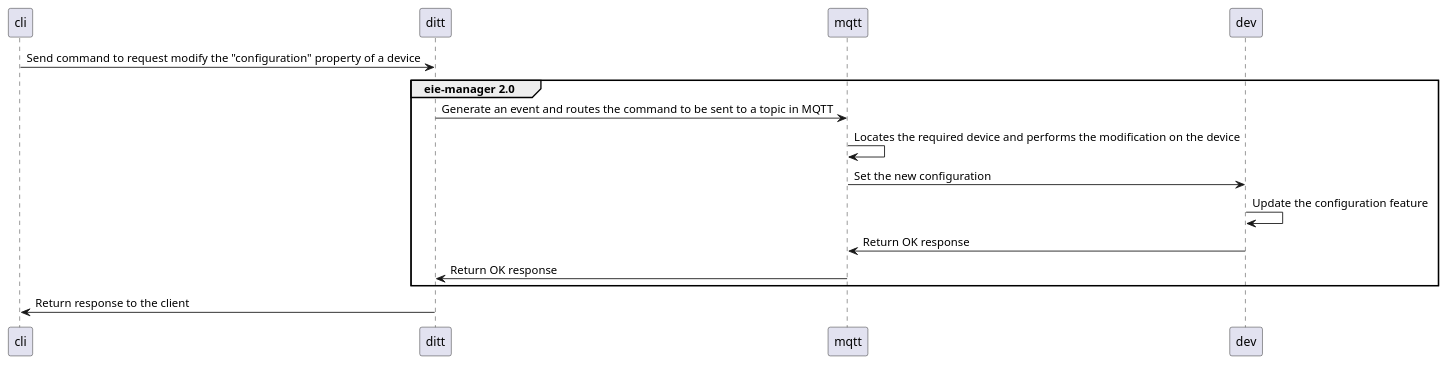
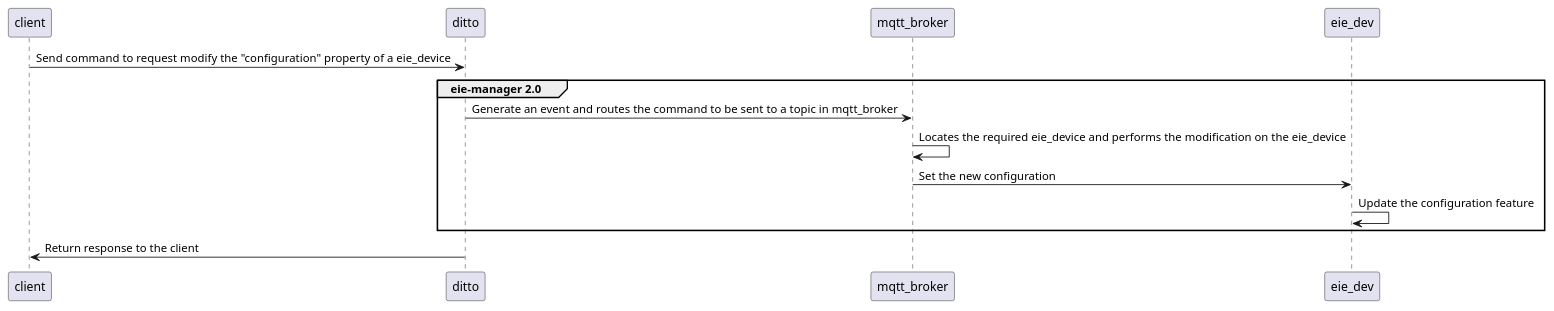
One commit to robz25/ie0417-dev changed the first of 3 diagrams in docs/source/Proyecto/ProyectoFinal/ProyectoFinal.rst. Above: the diagram before and after it, drawn with PlantUML. The commit also changed other lines of this file, not shown here.

Commit message:
Diagramas arreglados

```diff
--- a/docs/source/Proyecto/ProyectoFinal/ProyectoFinal.rst
+++ b/docs/source/Proyecto/ProyectoFinal/ProyectoFinal.rst
@@ -110,22 +110,21 @@
 .. uml::
 
 
   @startuml
 
-  /'actor Client as cli
-  entity Ditto as ditt
-  entity MQTT Broker as mqtt
-  entity eie-device as dev '/
+  /'actor Client as client
+  entity Ditto as ditto
+  entity MQTT Broker as mqtt_broker
+  entity eie-device as eie_dev '/
 
-  cli -> ditt: Send command to request modify the "configuration" property of a device 
+  client -> ditto: Send command to request modify the "configuration" property of a eie_device 
   group eie-manager 2.0 
-  ditt -> mqtt: Generate an event and routes the command to be sent to a topic in MQTT
-  mqtt -> mqtt: Locates the required device and performs the modification on the device
-  mqtt -> dev: Set the new configuration 
-  dev -> dev: Update the configuration feature
-  mqtt <- dev : Return OK response 
-  ditt <- mqtt: Return OK response 
+  ditto -> mqtt_broker: Generate an event and routes the command to be sent to a topic in mqtt_broker
+  mqtt_broker -> mqtt_broker: Locates the required eie_device and performs the modification on the eie_device
+  mqtt_broker -> eie_dev: Set the new configuration 
+  eie_dev -> eie_dev: Update the configuration feature
+
   end
-  cli <- ditt: Return response to the client
+  client <- ditto: Return response to the client
 
   @enduml
```
